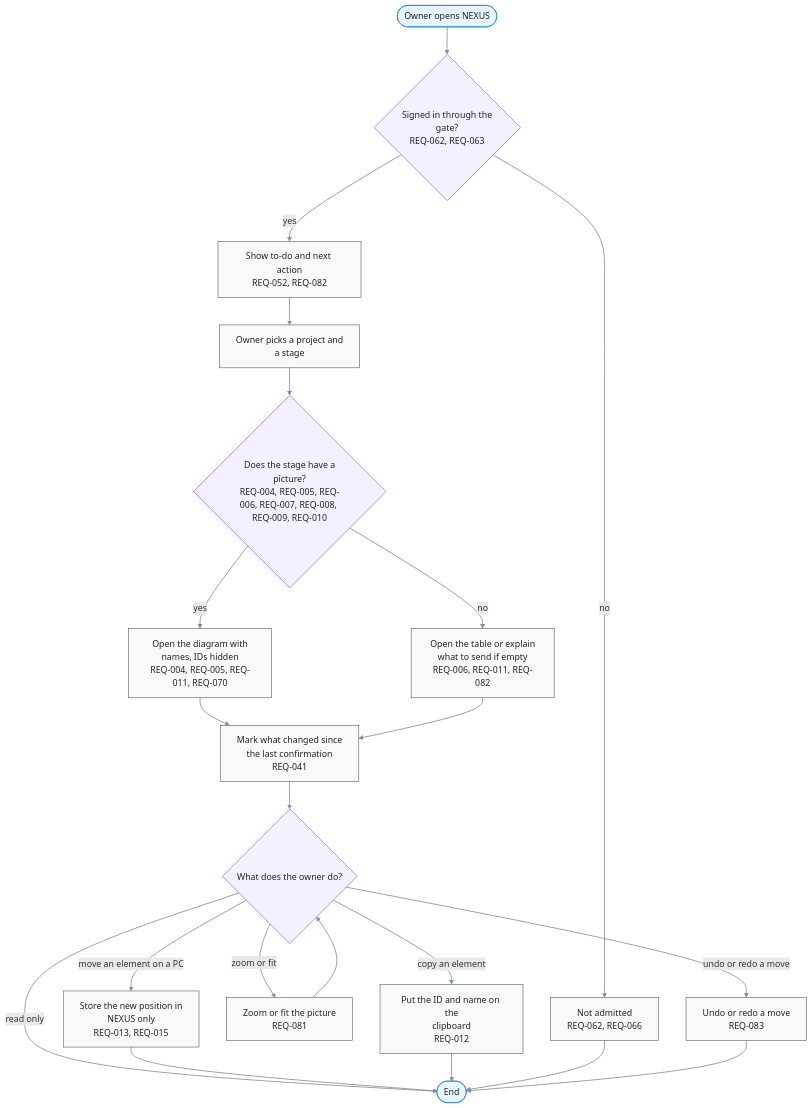
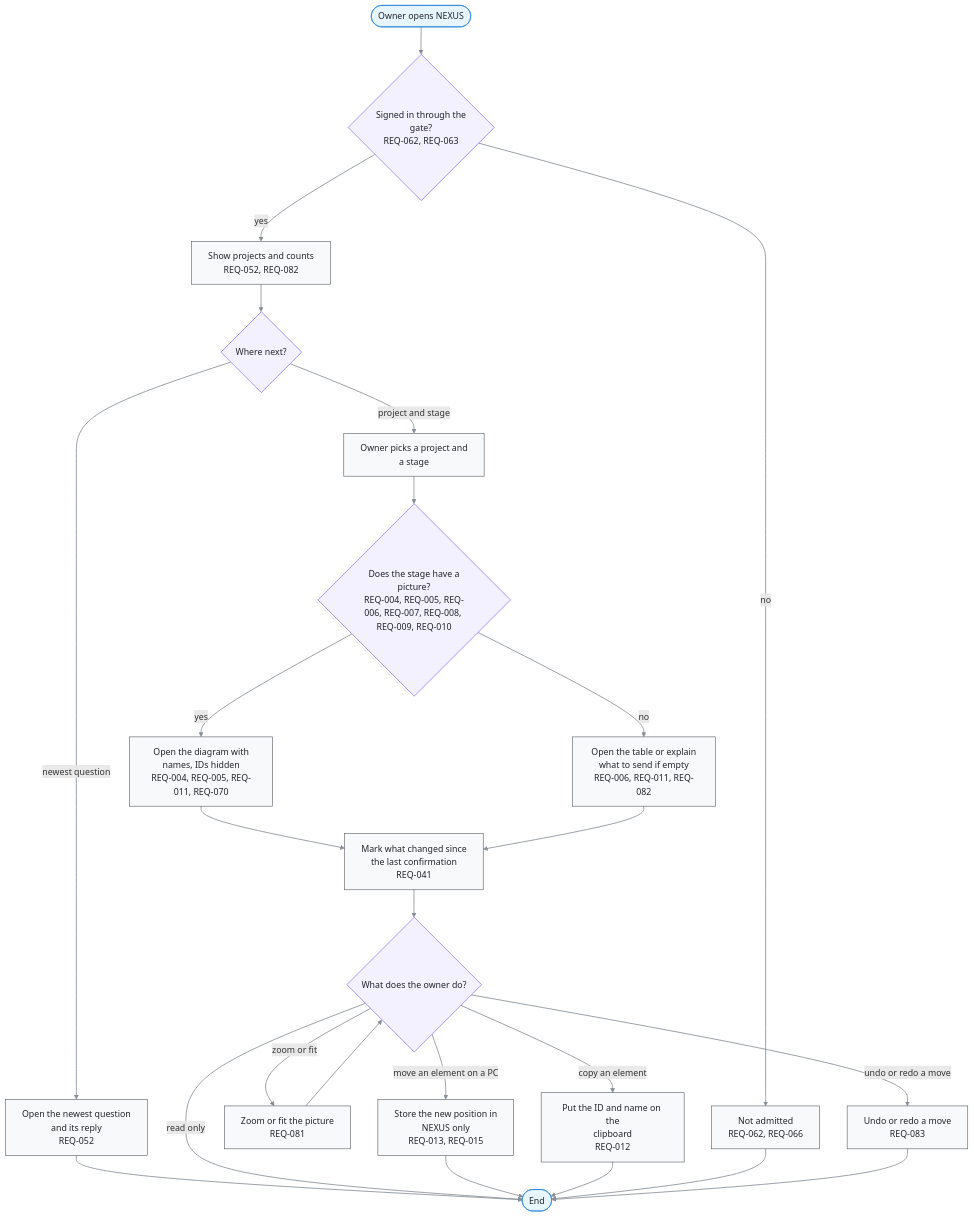
One commit to kodonghui/corthex-nexus changed the diagram in docs/03-user-flow/FL-002-read-a-stage-from-the-to-do.md. Above: the diagram before and after it, drawn with Mermaid. The commit also changed other lines of this file and 69 other files, not shown here.

````diff
--- a/docs/03-user-flow/FL-002-read-a-stage-from-the-to-do.md
+++ b/docs/03-user-flow/FL-002-read-a-stage-from-the-to-do.md
@@ -9,48 +9,53 @@
 ```mermaid
 flowchart TD
   A(["Owner opens NEXUS"])
   B{"Signed in through the<br/>gate?<br/>REQ-062, REQ-063"}
-  C["Show to-do and next action<br/>REQ-052, REQ-082"]
+  C["Show projects and counts<br/>REQ-052, REQ-082"]
   D["Owner picks a project and<br/>a stage"]
   E{"Does the stage have a<br/>picture?<br/>REQ-004, REQ-005, REQ-006, REQ-007, REQ-008, REQ-009, REQ-010"}
   F["Open the diagram with<br/>names, IDs hidden<br/>REQ-004, REQ-005, REQ-011, REQ-070"]
   G["Open the table or explain<br/>what to send if empty<br/>REQ-006, REQ-011, REQ-082"]
   H["Mark what changed since<br/>the last confirmation<br/>REQ-041"]
   I{"What does the owner do?"}
   J["Store the new position in<br/>NEXUS only<br/>REQ-013, REQ-015"]
   K["Put the ID and name on the<br/>clipboard<br/>REQ-012"]
   L["Zoom or fit the picture<br/>REQ-081"]
   N["Undo or redo a move<br/>REQ-083"]
   R1["Not admitted<br/>REQ-062, REQ-066"]
+  Q0{"Where next?"}
+  Q["Open the newest question<br/>and its reply<br/>REQ-052"]
   Z(["End"])
   A e1@--> B
   B e2@-->|no| R1
   B e3@-->|yes| C
-  C e4@--> D
+  C e4@--> Q0
+  Q0 e21@-->|project and stage| D
+  Q0 e22@-->|newest question| Q
+  Q e23@--> Z
   D e5@--> E
   E e6@-->|yes| F
   E e7@-->|no| G
   F e8@--> H
   G e9@--> H
   H e10@--> I
   I e11@-->|move an element on a PC| J
   I e12@-->|copy an element| K
   I e13@-->|read only| Z
   J e14@--> Z
   K e15@--> Z
   R1 e16@--> Z
   I e17@-->|zoom or fit| L
   L e18@--> I
   I e19@-->|undo or redo a move| N
   N e20@--> Z
   %% legend: below
   classDef term fill:#e7f5ff,stroke:#1c7ed6,color:#212529
   classDef proc fill:#f8f9fa,stroke:#495057,color:#212529
   classDef decide fill:#f3f0ff,stroke:#7048e8,color:#212529
   classDef gap fill:#f1f3f5,stroke:#adb5bd,stroke-dasharray:2 3,color:#495057
   classDef pass stroke:#868e96,stroke-width:1.5px
   class A,Z term
-  class C,D,F,G,H,J,K,L,N,R1 proc
-  class B,E,I decide
-  class e1,e2,e3,e4,e5,e6,e7,e8,e9,e10,e11,e12,e13,e14,e15,e16,e17,e18,e19,e20 pass
+  class C,D,F,G,H,J,K,L,N,Q,R1 proc
+  class B,E,I,Q0 decide
+  class e1,e2,e3,e4,e5,e6,e7,e8,e9,e10,e11,e12,e13,e14,e15,e16,e17,e18,e19,e20,e21,e22,e23 pass
 ```
````
